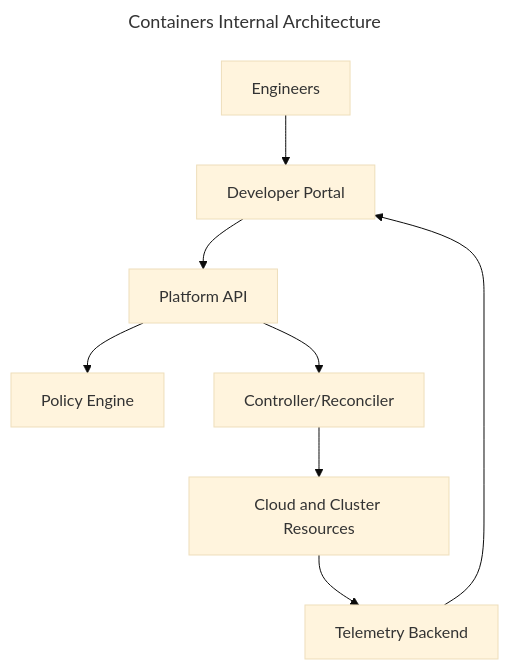
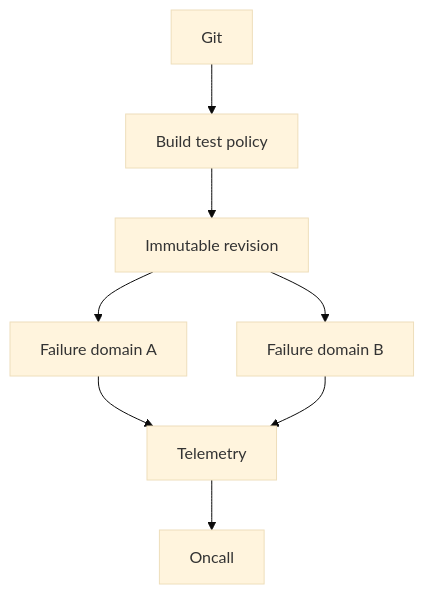
One commit to m1mohamad/devops-sre-prep changed the second of 2 diagrams in docs/chapters/containers.md. Above: the diagram before and after it, drawn with Mermaid (base theme). The commit also changed other lines of this file and 100 other files, not shown here.

````diff
--- a/docs/chapters/containers.md
+++ b/docs/chapters/containers.md
@@ -38,13 +41,10 @@
 ```mermaid
----
-title: Containers Internal Architecture
----
 flowchart TB
-  Users[Engineers] --> Portal[Developer Portal]
-  Portal --> API[Platform API]
-  API --> Policy[Policy Engine]
-  API --> Controller[Controller/Reconciler]
-  Controller --> Infra[Cloud and Cluster Resources]
-  Infra --> Telemetry[Telemetry Backend]
-  Telemetry --> Portal
+  Git --> Verify[Build test policy]
+  Verify --> Artifact[Immutable revision]
+  Artifact --> A[Failure domain A]
+  Artifact --> B[Failure domain B]
+  A --> Telemetry
+  B --> Telemetry
+  Telemetry --> Oncall
 ```
````
